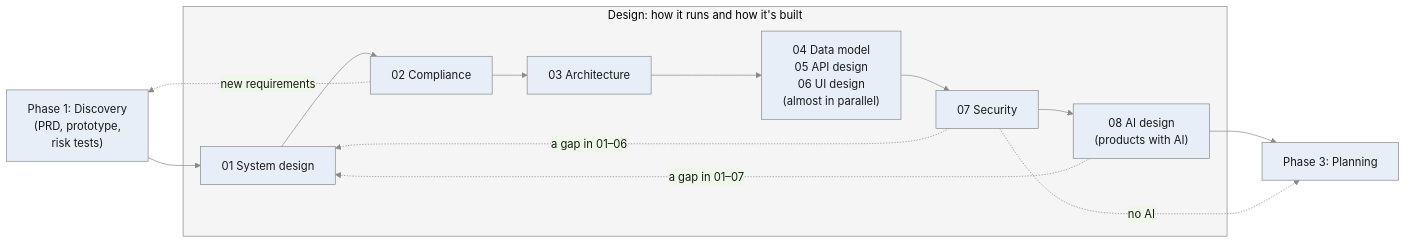
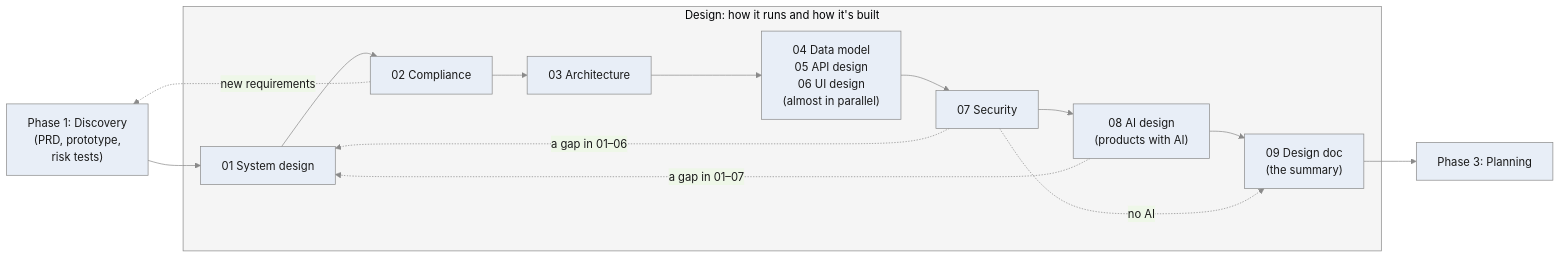
Before and after one commit to developedbyflow/ways-of-working: the second of 2 diagrams in FLOWS.md, drawn with Mermaid. The commit also changed other lines of this file and 2 other files, not shown here.

Commit message:
design-doc: the design in one document, and proposals for big changes

````diff
--- a/FLOWS.md
+++ b/FLOWS.md
@@ -57,13 +57,13 @@
 ```mermaid
 %%{init: {"theme": "base", "themeVariables": {"primaryColor": "#e8eef7", "primaryTextColor": "#1a1a1a", "primaryBorderColor": "#8a8a8a", "lineColor": "#8a8a8a", "clusterBkg": "#f5f5f5", "clusterBorder": "#8a8a8a"}}}%%
 flowchart LR
   P["Phase 1: Discovery<br/>(PRD, prototype,<br/>risk tests)"] --> S1
   subgraph D["Design: how it runs and how it's built"]
-    S1["01 System design"] --> S2["02 Compliance"] --> S3["03 Architecture"] --> M["04 Data model<br/>05 API design<br/>06 UI design<br/>(almost in parallel)"] --> S7["07 Security"] --> S8["08 AI design<br/>(products with AI)"]
+    S1["01 System design"] --> S2["02 Compliance"] --> S3["03 Architecture"] --> M["04 Data model<br/>05 API design<br/>06 UI design<br/>(almost in parallel)"] --> S7["07 Security"] --> S8["08 AI design<br/>(products with AI)"] --> S9["09 Design doc<br/>(the summary)"]
   end
-  S8 --> X["Phase 3: Planning"]
-  S7 -. "no AI" .-> X
+  S9 --> X["Phase 3: Planning"]
+  S7 -. "no AI" .-> S9
   S2 -. "new requirements" .-> P
   S7 -. "a gap in 01–06" .-> S1
   S8 -. "a gap in 01–07" .-> S1
 ```
````
